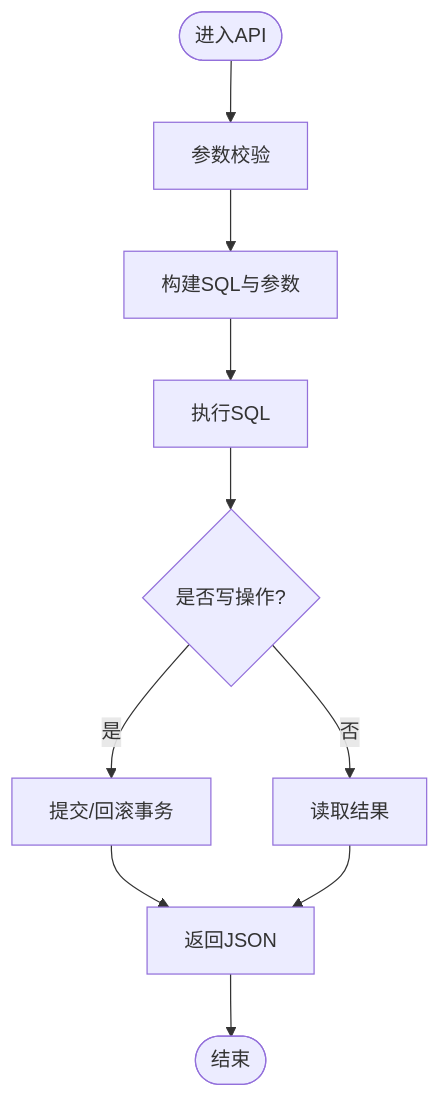
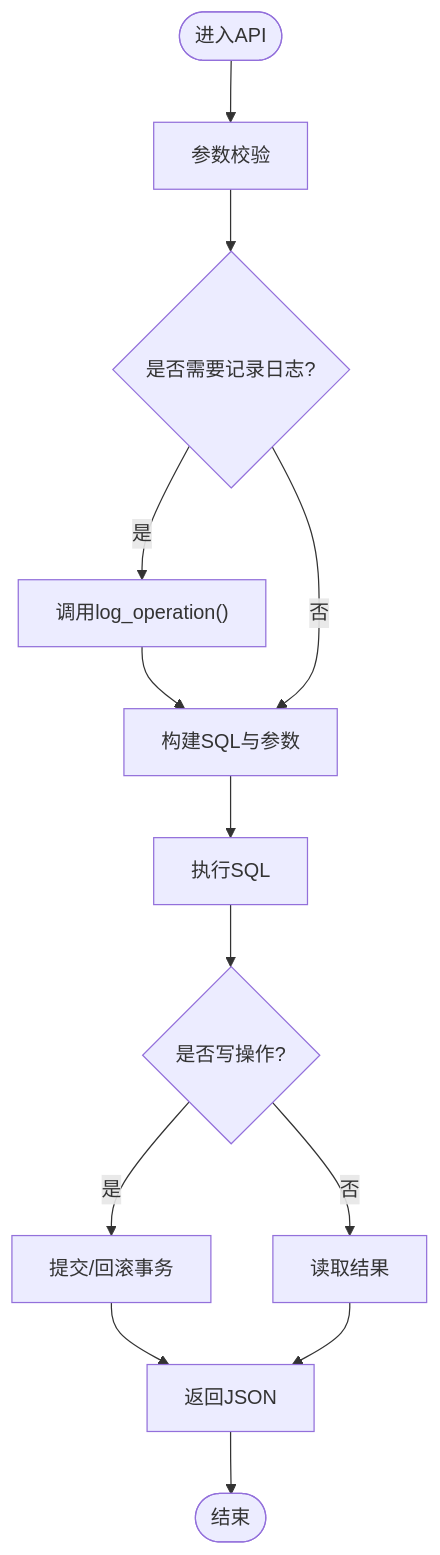
Before and after one commit to ismine3/OPS: the fourth of 6 diagrams in .qoder/repowiki/zh/content/数据库设计.md, drawn with Mermaid. The commit also changed other lines of this file and 39 other files, not shown here.

````diff
--- a/.qoder/repowiki/zh/content/数据库设计.md
+++ b/.qoder/repowiki/zh/content/数据库设计.md
@@ -391,12 +436,15 @@
 ```mermaid
 flowchart TD
 Start(["进入API"]) --> Validate["参数校验"]
-Validate --> BuildSQL["构建SQL与参数"]
+Validate --> LogCheck{"是否需要记录日志?"}
+LogCheck --> |是| LogOp["调用log_operation()"]
+LogOp --> BuildSQL["构建SQL与参数"]
+LogCheck --> |否| BuildSQL
 BuildSQL --> Exec["执行SQL"]
 Exec --> Commit{"是否写操作?"}
 Commit --> |是| Txn["提交/回滚事务"]
 Commit --> |否| Fetch["读取结果"]
 Txn --> Return["返回JSON"]
 Fetch --> Return
 Return --> End(["结束"])
 ```
````
